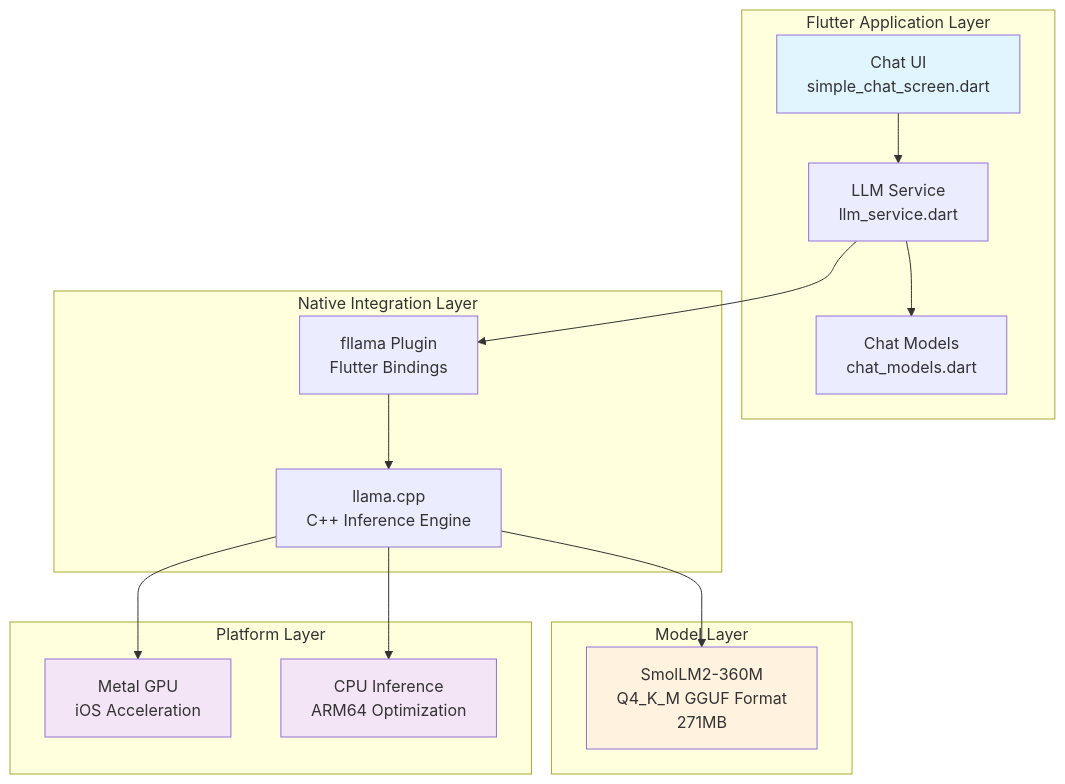
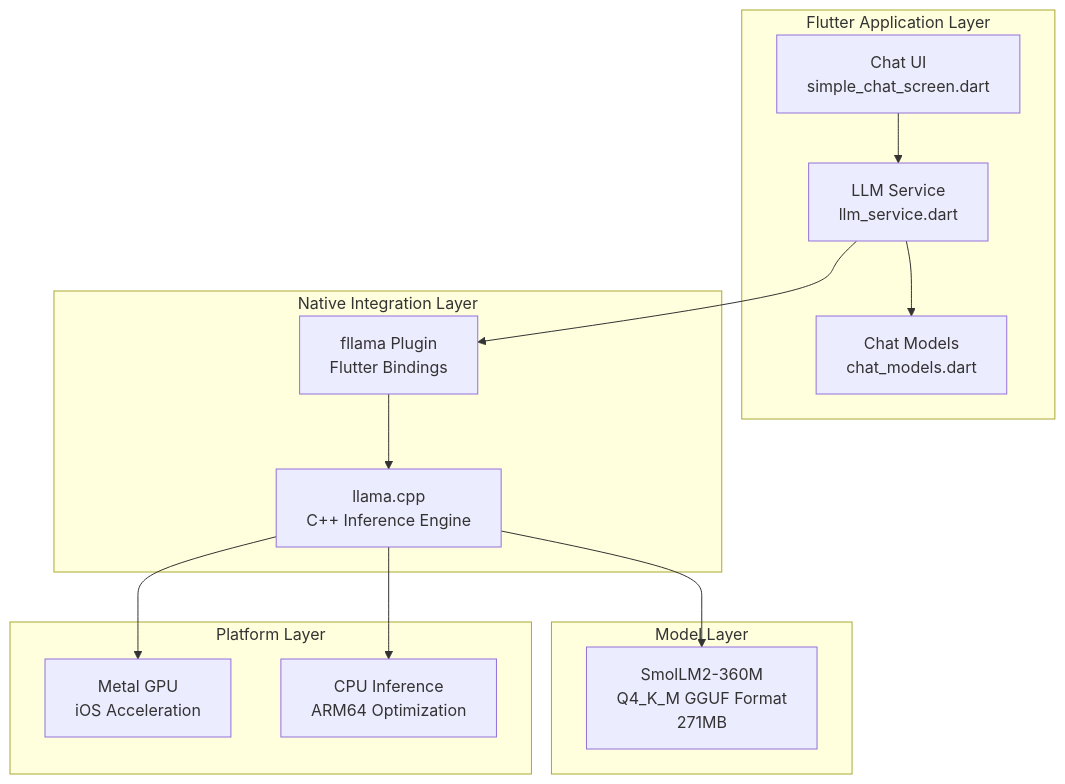
The first of 3 diagrams in README.md (LakshmanTurlapati/SmolLm-Flutter), drawn with Mermaid before and after one commit. The commit also changed other lines of this file, not shown here.

````diff
--- a/README.md
+++ b/README.md
@@ -28,26 +28,21 @@
 ```mermaid
 graph TB
     subgraph "Flutter Application Layer"
         A[Chat UI<br/>simple_chat_screen.dart] --> B[LLM Service<br/>llm_service.dart]
         B --> C[Chat Models<br/>chat_models.dart]
     end
     
     subgraph "Native Integration Layer"
         B --> D[fllama Plugin<br/>Flutter Bindings]
         D --> E[llama.cpp<br/>C++ Inference Engine]
     end
     
     subgraph "Model Layer"
         E --> F[SmolLM2-360M<br/>Q4_K_M GGUF Format<br/>271MB]
     end
     
     subgraph "Platform Layer"
         E --> G[Metal GPU<br/>iOS Acceleration]
         E --> H[CPU Inference<br/>ARM64 Optimization]
     end
-    
-    style A fill:#e1f5fe
-    style F fill:#fff3e0
-    style G fill:#f3e5f5
-    style H fill:#f3e5f5
 ```
````
